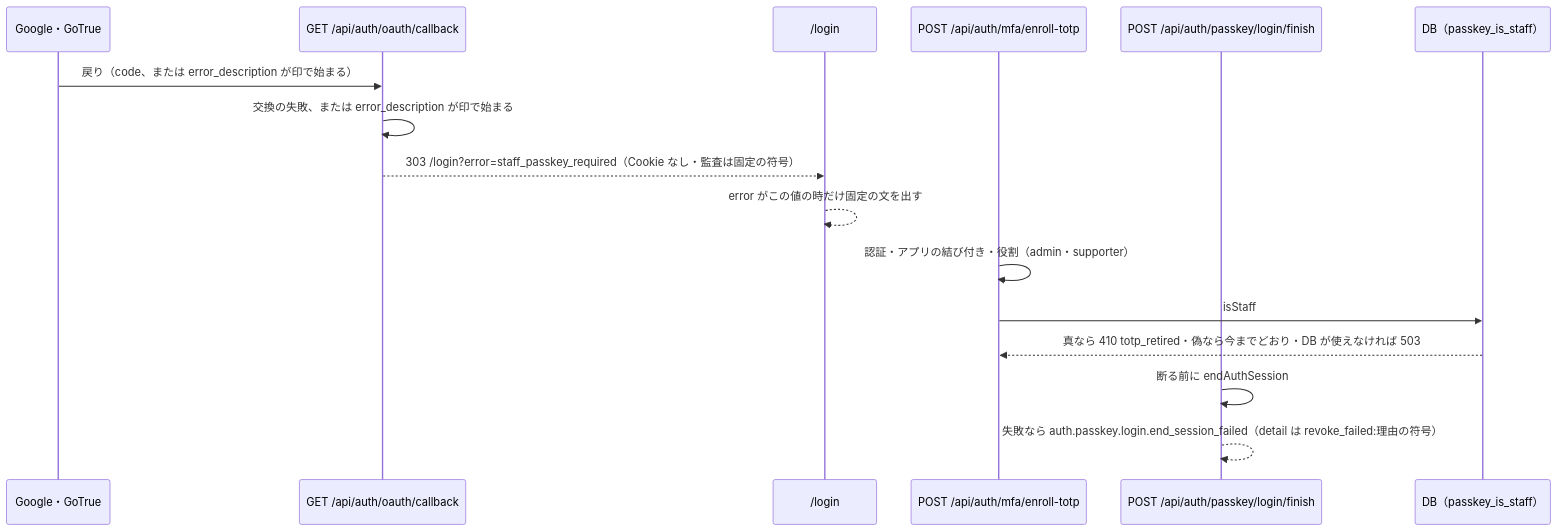
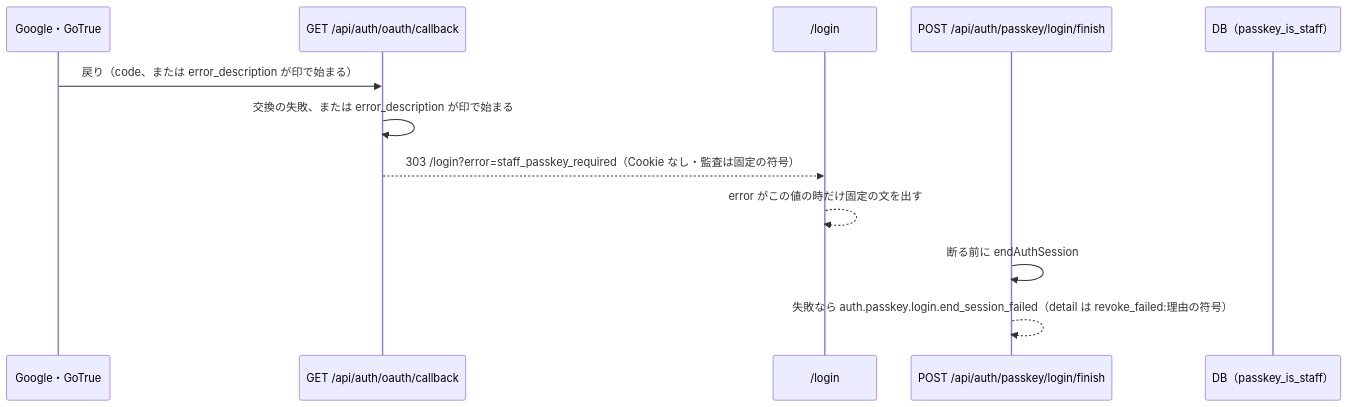
The diagram in docs/04_DetailDesign/sequence/auth-staff-other-paths.md (ChocoWork/o_official), drawn with Mermaid before and after one commit. The commit also changed other lines of this file and 107 other files, not shown here.

First line of the commit message:
feat(auth): 認証アプリ（TOTP）の窓口・画面と MFA のやり直しの窓口を消す（パスキー段4）

````diff
--- a/docs/04_DetailDesign/sequence/auth-staff-other-paths.md
+++ b/docs/04_DetailDesign/sequence/auth-staff-other-paths.md
@@ -30,18 +30,14 @@
 ```mermaid
 sequenceDiagram
     participant G as Google・GoTrue
     participant C as GET /api/auth/oauth/callback
     participant L as /login
-    participant E as POST /api/auth/mfa/enroll-totp
     participant F as POST /api/auth/passkey/login/finish
     participant D as DB（passkey_is_staff）
     G->>C: 戻り（code、または error_description が印で始まる）
     C->>C: 交換の失敗、または error_description が印で始まる
     C-->>L: 303 /login?error=staff_passkey_required（Cookie なし・監査は固定の符号）
     L-->>L: error がこの値の時だけ固定の文を出す
-    E->>E: 認証・アプリの結び付き・役割（admin・supporter）
-    E->>D: isStaff
-    D-->>E: 真なら 410 totp_retired・偽なら今までどおり・DB が使えなければ 503
     F->>F: 断る前に endAuthSession
     F-->>F: 失敗なら auth.passkey.login.end_session_failed（detail は revoke_failed:理由の符号）
 ```
````
